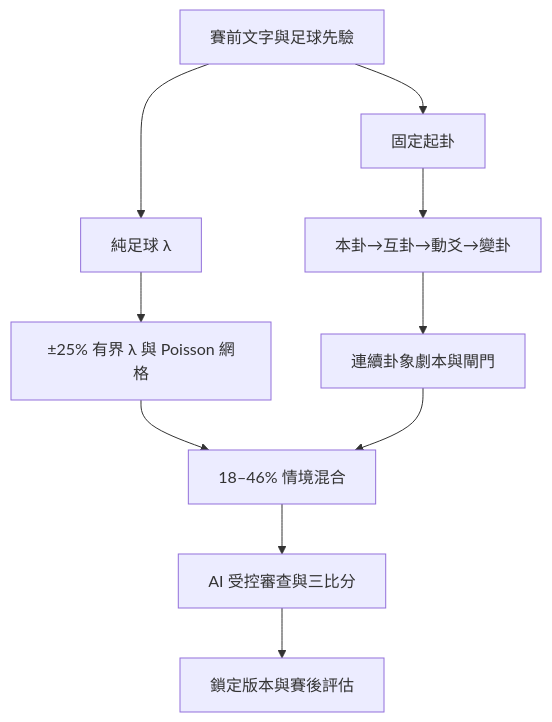
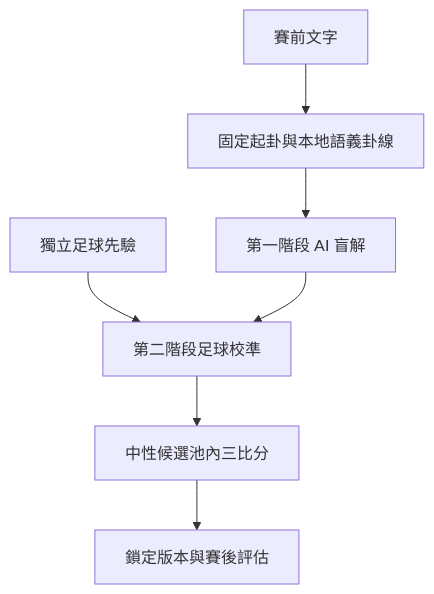
Before and after one commit to wujoshnjr/meihua-football-streamlit: the diagram in README.md, drawn with Mermaid. The commit also changed other lines of this file and 27 other files, not shown here.

````diff
--- a/README.md
+++ b/README.md
@@ -23,12 +26,9 @@
 ```mermaid
 flowchart TD
-    A[賽前文字與足球先驗] --> B[固定起卦]
-    A --> C[純足球 λ]
-    B --> D[本卦→互卦→動爻→變卦]
-    C --> E[±25% 有界 λ 與 Poisson 網格]
-    D --> F[連續卦象劇本與閘門]
-    E --> G[18–46% 情境混合]
-    F --> G
-    G --> H[AI 受控審查與三比分]
-    H --> I[鎖定版本與賽後評估]
+    A[賽前文字] --> B[固定起卦與本地語義卦線]
+    B --> C[第一階段 AI 盲解]
+    D[獨立足球先驗] --> E[第二階段足球校準]
+    C --> E
+    E --> F[中性候選池內三比分]
+    F --> G[鎖定版本與賽後評估]
 ```
````
